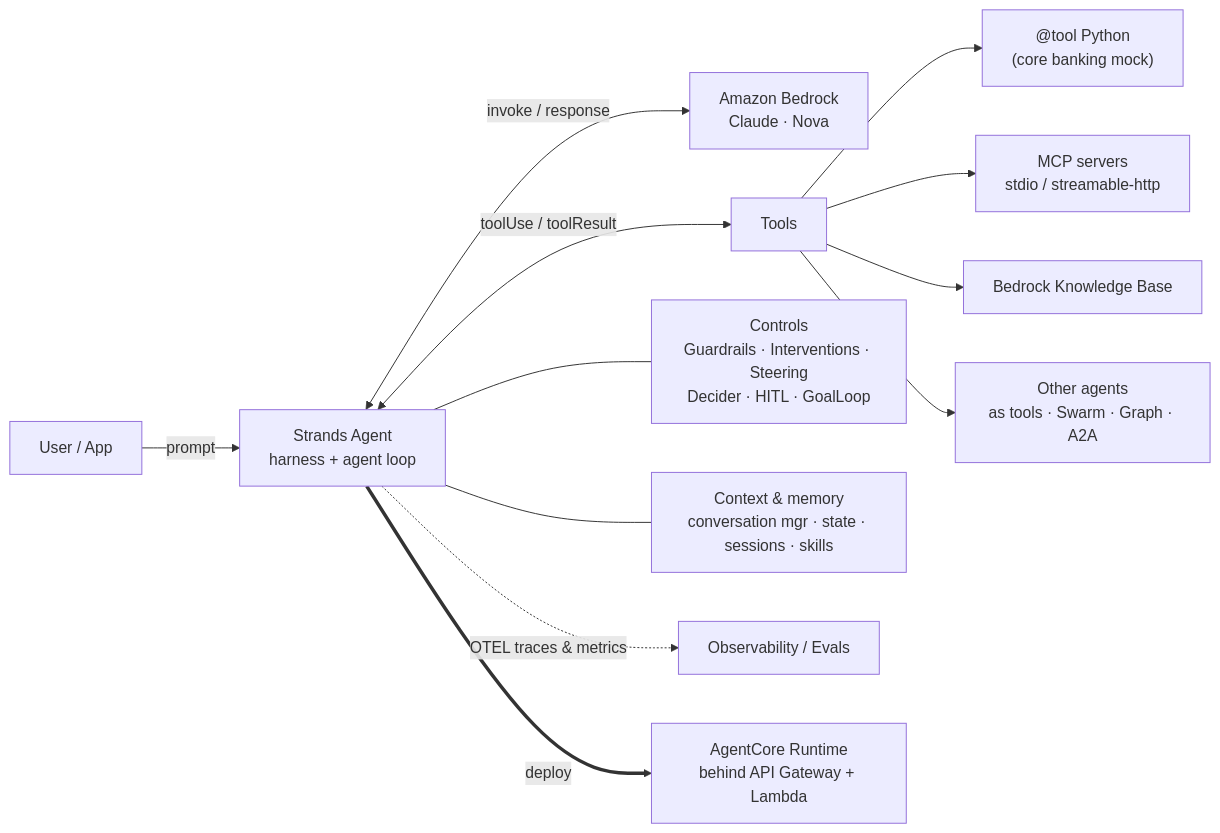
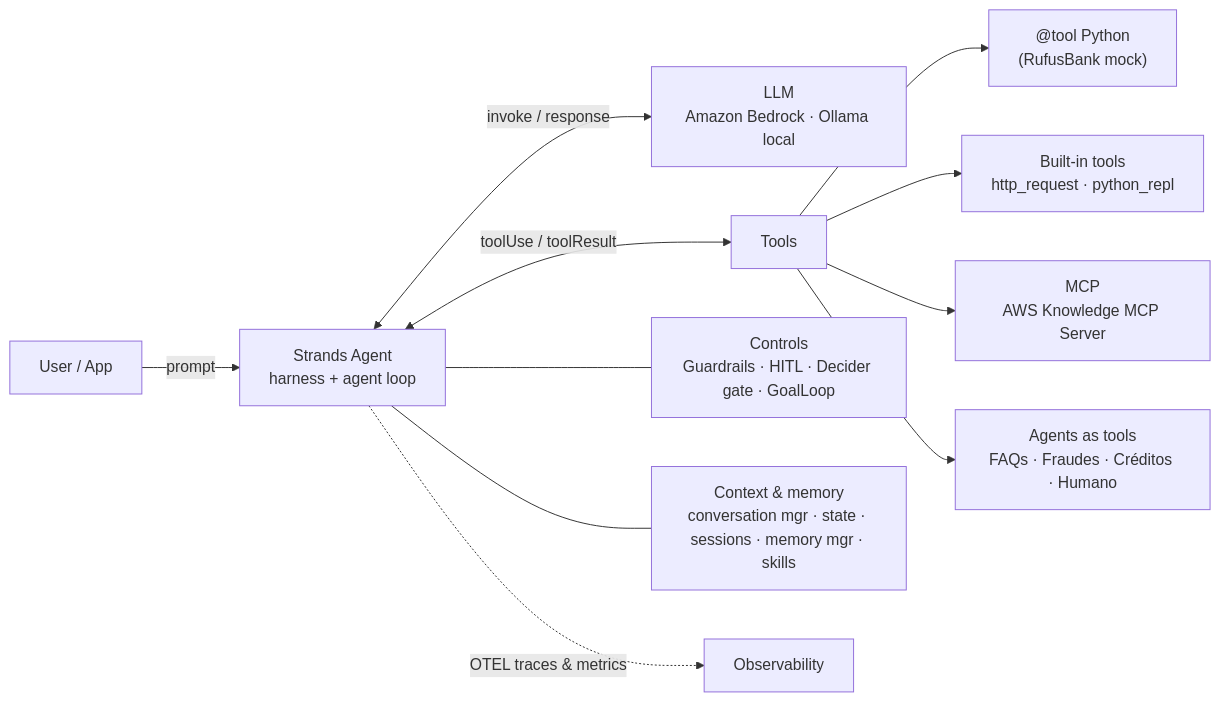
Before and after one commit to san99tiago/aws-strands-agents-demo: the first of 2 diagrams in README.md, drawn with Mermaid. The commit also changed other lines of this file and 54 other files, not shown here.

````diff
--- a/README.md
+++ b/README.md
@@ -13,14 +13,13 @@
 ```mermaid
 flowchart LR
     U[User / App] -->|prompt| A[Strands Agent<br/>harness + agent loop]
-    A <-->|invoke / response| M[Amazon Bedrock<br/>Claude · Nova]
+    A <-->|invoke / response| M[LLM<br/>Amazon Bedrock · Ollama local]
     A <-->|toolUse / toolResult| T[Tools]
-    T --> T1["@tool Python<br/>(core banking mock)"]
-    T --> T2[MCP servers<br/>stdio / streamable-http]
-    T --> T3[Bedrock Knowledge Base]
-    T --> T4[Other agents<br/>as tools · Swarm · Graph · A2A]
-    A --- C[Controls<br/>Guardrails · Interventions · Steering<br/>Decider · HITL · GoalLoop]
-    A --- S[Context & memory<br/>conversation mgr · state · sessions · skills]
-    A -.->|OTEL traces & metrics| O[Observability / Evals]
-    A ==>|deploy| R[AgentCore Runtime<br/>behind API Gateway + Lambda]
+    T --> T1["@tool Python<br/>(RufusBank mock)"]
+    T --> T2[Built-in tools<br/>http_request · python_repl]
+    T --> T3[MCP<br/>AWS Knowledge MCP Server]
+    T --> T4[Agents as tools<br/>FAQs · Fraudes · Créditos · Humano]
+    A --- C[Controls<br/>Guardrails · HITL · Decider gate · GoalLoop]
+    A --- S[Context & memory<br/>conversation mgr · state · sessions · memory mgr · skills]
+    A -.->|OTEL traces & metrics| O[Observability]
 ```
````
